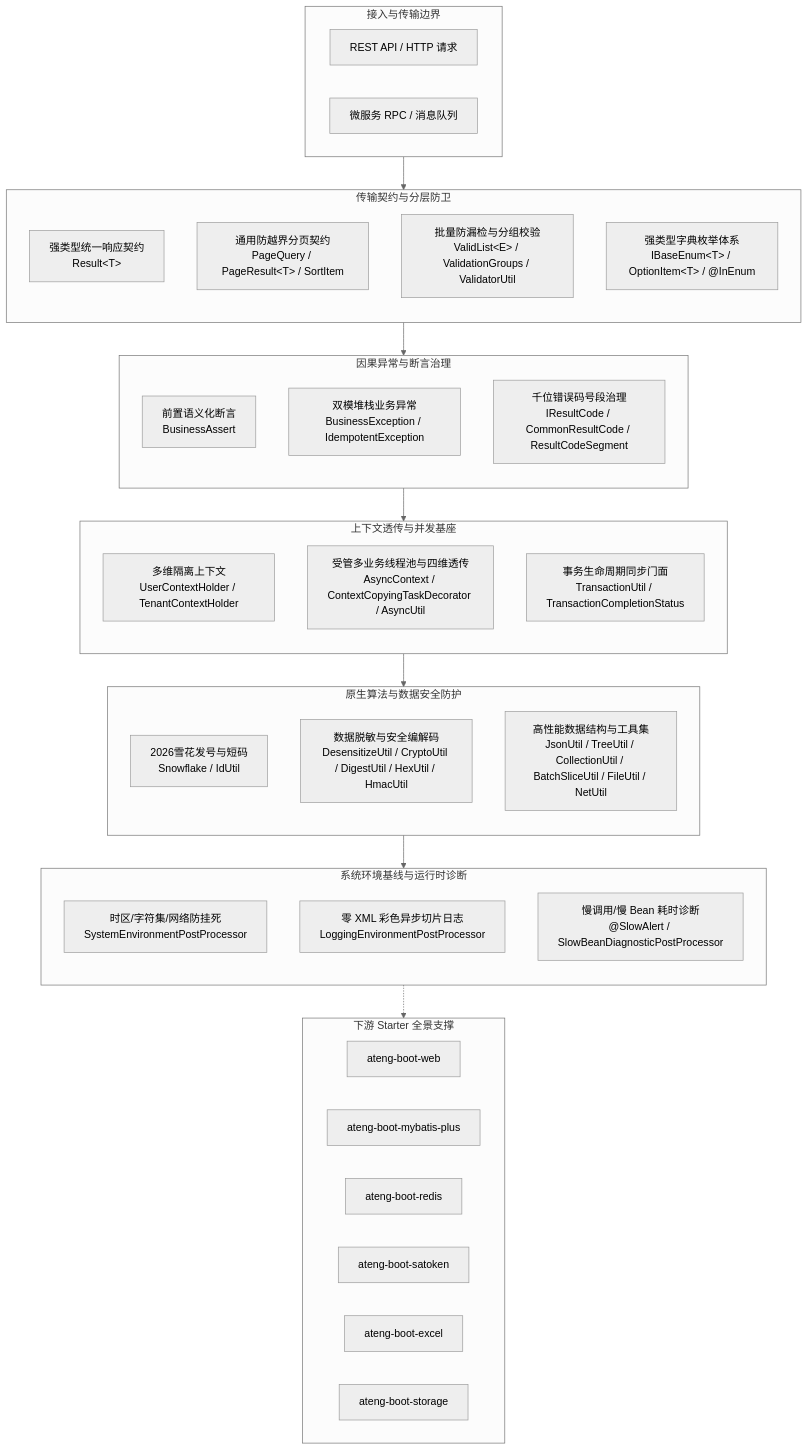
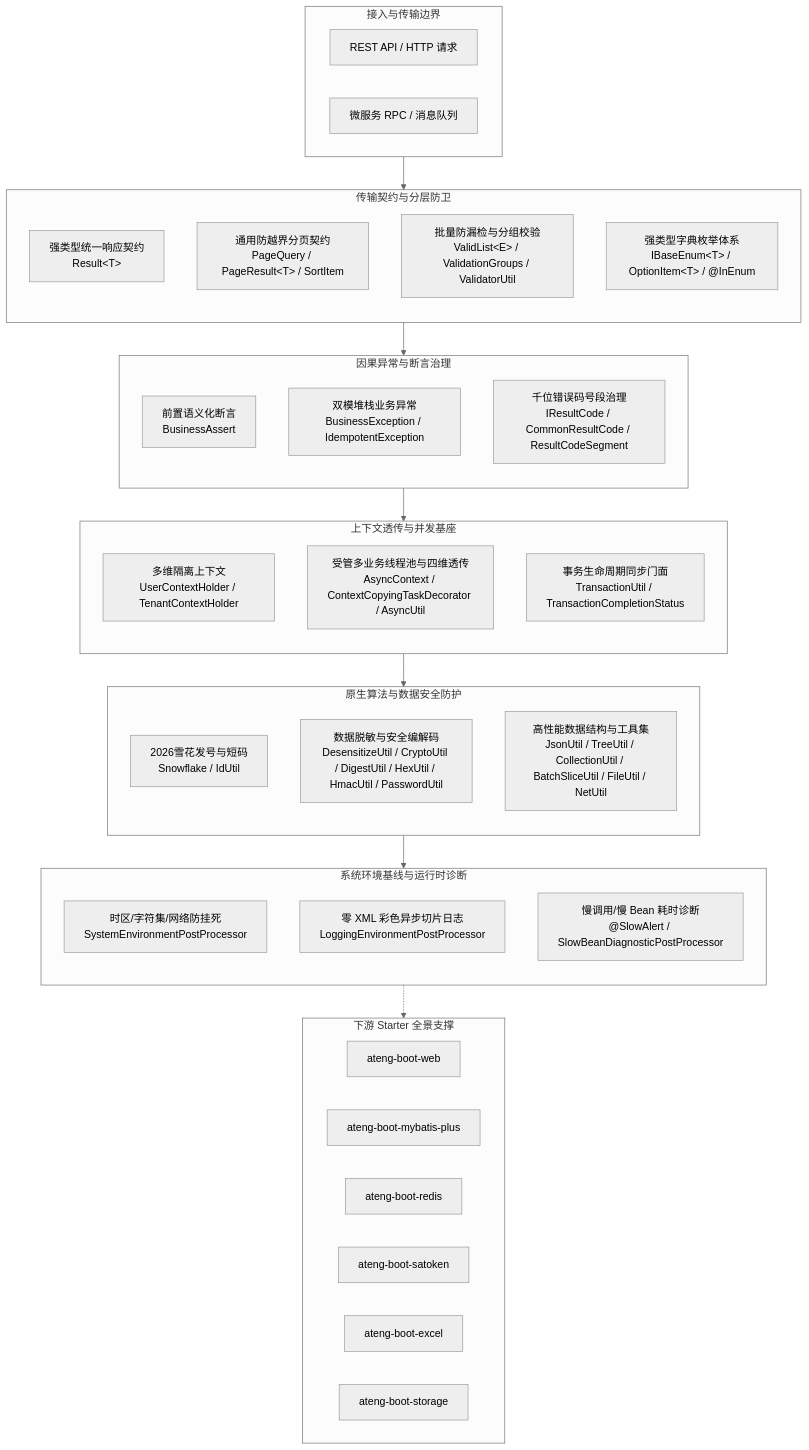
The diagram in ateng-boot-core/README.md (atengk/ateng-boot), drawn with Mermaid (neutral theme) before and after one commit. The commit also changed other lines of this file and 10 other files, not shown here.

First line of the commit message:
feat(core): 新增纯 JDK 原生密码慢哈希工具 PasswordUtil

````diff
--- a/ateng-boot-core/README.md
+++ b/ateng-boot-core/README.md
@@ -95,61 +96,61 @@
 ```mermaid
 flowchart TD
     subgraph Client["接入与传输边界"]
         direction LR
         REST["REST API / HTTP 请求"]
         RPC["微服务 RPC / 消息队列"]
     end
 
     subgraph CoreContract["传输契约与分层防卫"]
         direction TB
         R["强类型统一响应契约<br/>Result&lt;T&gt;"]
         PQ["通用防越界分页契约<br/>PageQuery / PageResult&lt;T&gt; / SortItem"]
         VL["批量防漏检与分组校验<br/>ValidList&lt;E&gt; / ValidationGroups / ValidatorUtil"]
         BE["强类型字典枚举体系<br/>IBaseEnum&lt;T&gt; / OptionItem&lt;T&gt; / @InEnum"]
     end
 
     subgraph CoreDefense["因果异常与断言治理"]
         direction TB
         BA["前置语义化断言<br/>BusinessAssert"]
         EX["双模堆栈业务异常<br/>BusinessException / IdempotentException"]
         RC["千位错误码号段治理<br/>IResultCode / CommonResultCode / ResultCodeSegment"]
     end
 
     subgraph CorePlatform["上下文透传与并发基座"]
         direction TB
         CTX["多维隔离上下文<br/>UserContextHolder / TenantContextHolder"]
         ASYNC["受管多业务线程池与四维透传<br/>AsyncContext / ContextCopyingTaskDecorator / AsyncUtil"]
         TX["事务生命周期同步门面<br/>TransactionUtil / TransactionCompletionStatus"]
     end
 
     subgraph CoreAlgorithms["原生算法与数据安全防护"]
         direction TB
         ID["2026雪花发号与短码<br/>Snowflake / IdUtil"]
-        SEC["数据脱敏与安全编解码<br/>DesensitizeUtil / CryptoUtil / DigestUtil / HexUtil / HmacUtil"]
+        SEC["数据脱敏与安全编解码<br/>DesensitizeUtil / CryptoUtil / DigestUtil / HexUtil / HmacUtil / PasswordUtil"]
         DATA["高性能数据结构与工具集<br/>JsonUtil / TreeUtil / CollectionUtil / BatchSliceUtil / FileUtil / NetUtil"]
     end
 
     subgraph CoreBaseline["系统环境基线与运行时诊断"]
         direction TB
         SYS["时区/字符集/网络防挂死<br/>SystemEnvironmentPostProcessor"]
         LOG["零 XML 彩色异步切片日志<br/>LoggingEnvironmentPostProcessor"]
         SLOW["慢调用/慢 Bean 耗时诊断<br/>@SlowAlert / SlowBeanDiagnosticPostProcessor"]
     end
 
     subgraph Downstream["下游 Starter 全景支撑"]
         direction LR
         WEB["ateng-boot-web"]
         MP["ateng-boot-mybatis-plus"]
         RDS["ateng-boot-redis"]
         SA["ateng-boot-satoken"]
         XLS["ateng-boot-excel"]
         OSS["ateng-boot-storage"]
     end
 
     Client --> CoreContract
     CoreContract --> CoreDefense
     CoreDefense --> CorePlatform
     CorePlatform --> CoreAlgorithms
     CoreAlgorithms --> CoreBaseline
     CoreBaseline -.-> Downstream
 ```
````
